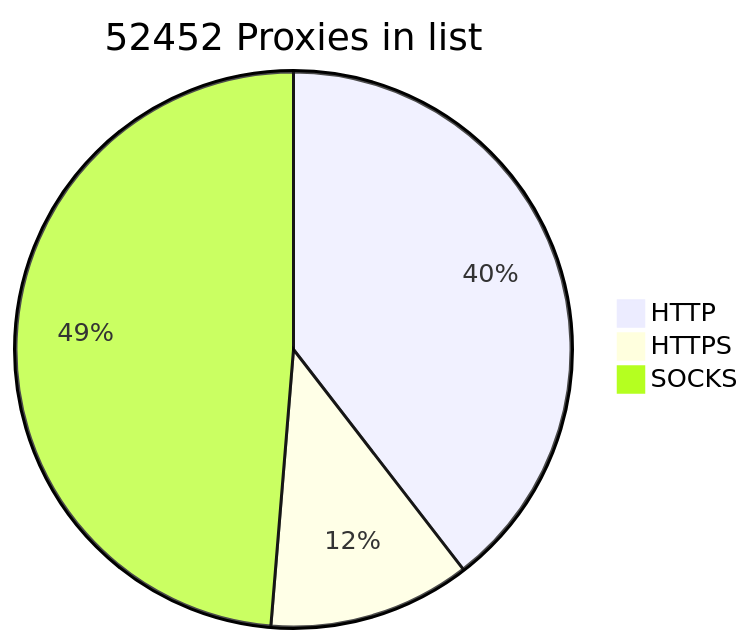
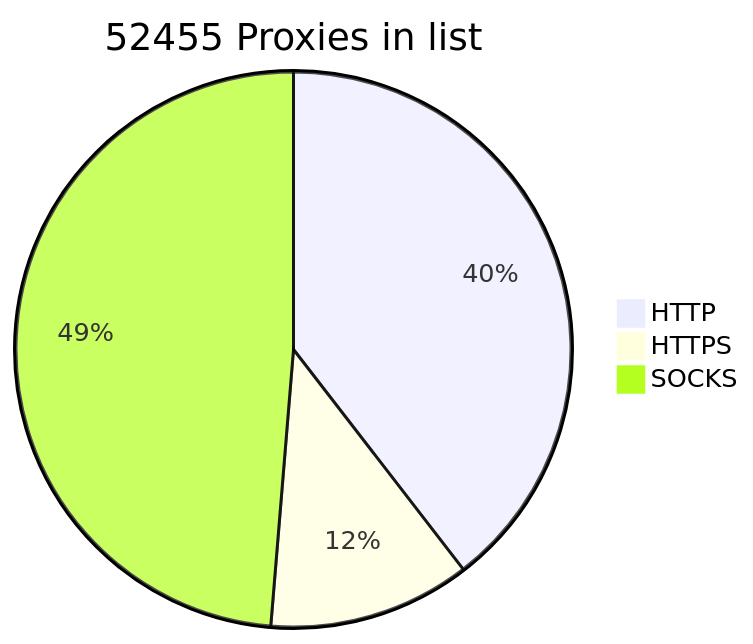
The diagram in README.md (BlackSnowDot/proxylist-update-every-minute), drawn with Mermaid before and after one commit.

````diff
--- a/README.md
+++ b/README.md
@@ -2,6 +2,6 @@
 ```mermaid
-pie title 52452 Proxies in list
-    "HTTP" : 23116
-    "HTTPS": 6881
+pie title 52455 Proxies in list
+    "HTTP" : 23119
+    "HTTPS": 6884
     "SOCKS" : 28476
 ```
````
